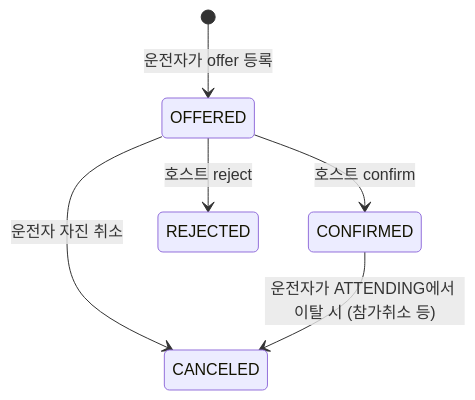
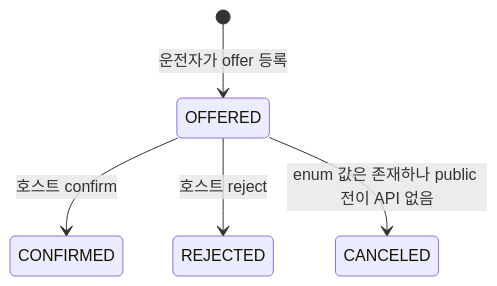
Before and after one commit to endside82/business_logic: diagram 15 of 17 in prd/03_policy_prds/state_policy_prd.md, drawn with Mermaid. The commit also changed other lines of this file and 183 other files, not shown here.

````diff
--- a/prd/03_policy_prds/state_policy_prd.md
+++ b/prd/03_policy_prds/state_policy_prd.md
@@ -379,8 +381,7 @@
 ```mermaid
 stateDiagram-v2
     [*] --> OFFERED: 운전자가 offer 등록
     OFFERED --> CONFIRMED: 호스트 confirm
     OFFERED --> REJECTED: 호스트 reject
-    OFFERED --> CANCELED: 운전자 자진 취소
-    CONFIRMED --> CANCELED: 운전자가 ATTENDING에서 이탈 시 (참가취소 등)
+    OFFERED --> CANCELED: enum 값은 존재하나 public 전이 API 없음
 ```
````
